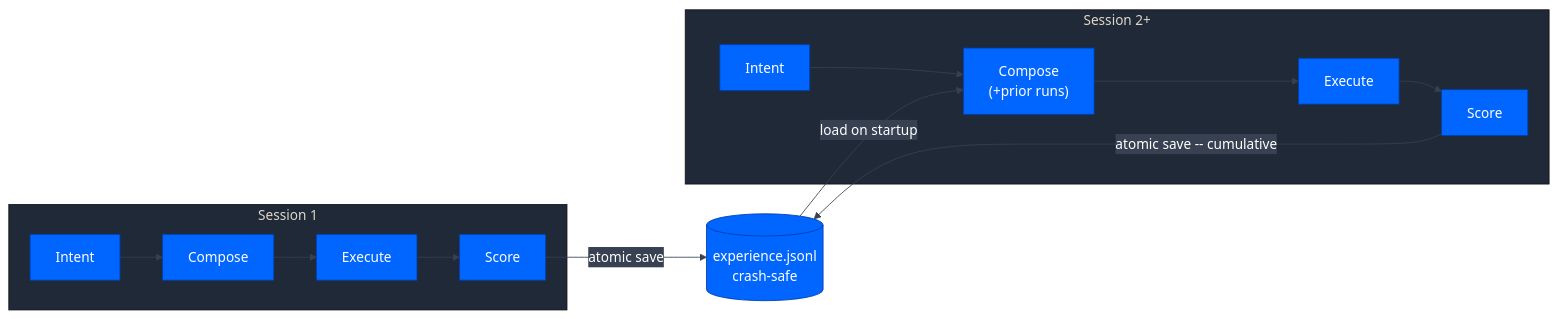
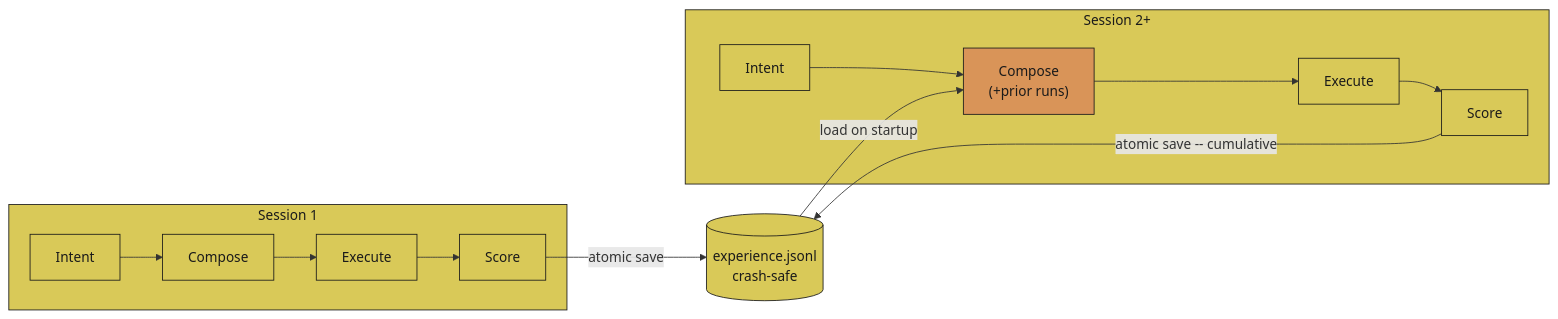
Before and after one commit to JosephOIbrahim/Comfy-Cozy: diagram 11 of 27 in README.md, drawn with Mermaid. The commit also changed other lines of this file and 38 other files, not shown here.

````diff
--- a/README.md
+++ b/README.md
@@ -522,13 +632,17 @@
 ```mermaid
-%%{init: {'theme':'base','themeVariables': {'primaryColor':'#0066FF','primaryTextColor':'#ffffff','primaryBorderColor':'#003eaa','lineColor':'#374151','secondaryColor':'#374151','tertiaryColor':'#1f2937','fontFamily':'monospace'}}}%%
 graph LR
     subgraph Session1 ["Session 1"]
         I1["Intent"] --> C1["Compose"] --> E1["Execute"] --> S1["Score"]
     end
     subgraph Session2 ["Session 2+"]
         I2["Intent"] --> C2["Compose<br/>(+prior runs)"] --> E2["Execute"] --> S2["Score"]
     end
     S1 -->|"atomic save"| JSONL[("experience.jsonl<br/>crash-safe")]
     JSONL -->|"load on startup"| C2
     S2 -->|"atomic save -- cumulative"| JSONL
+
+    classDef orange fill:#d99458,color:#1a1a1a,stroke:#1a1a1a
+    classDef yellow fill:#d9c958,color:#1a1a1a,stroke:#1a1a1a
+    class C2 orange
+    class JSONL,Session1,I1,C1,E1,S1,Session2,I2,E2,S2 yellow
 ```
````
